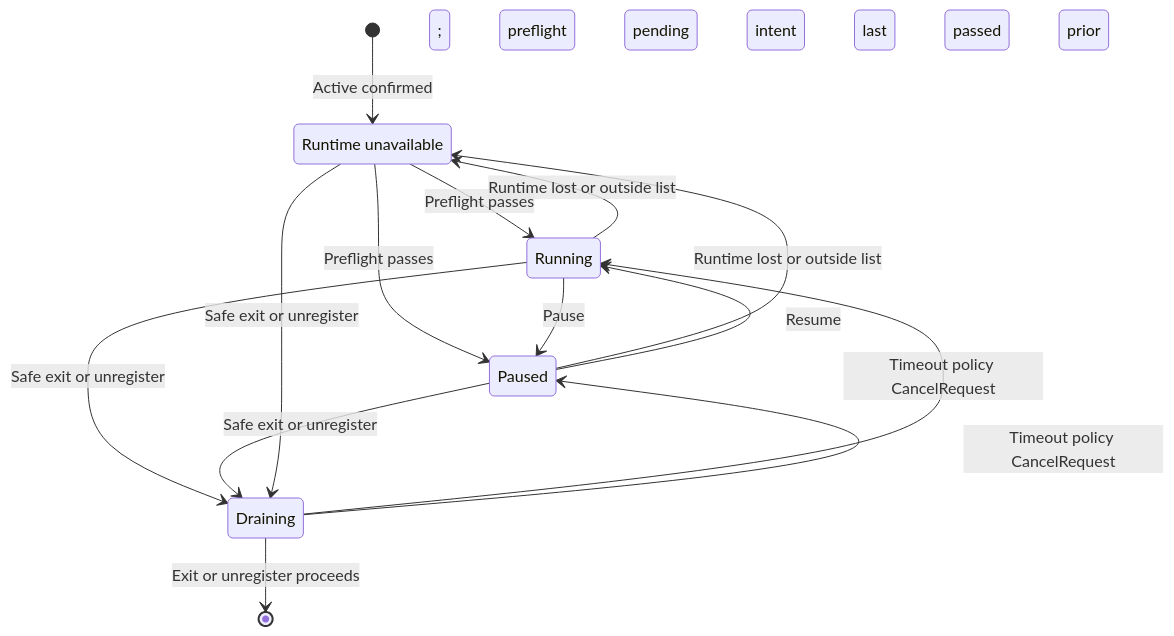
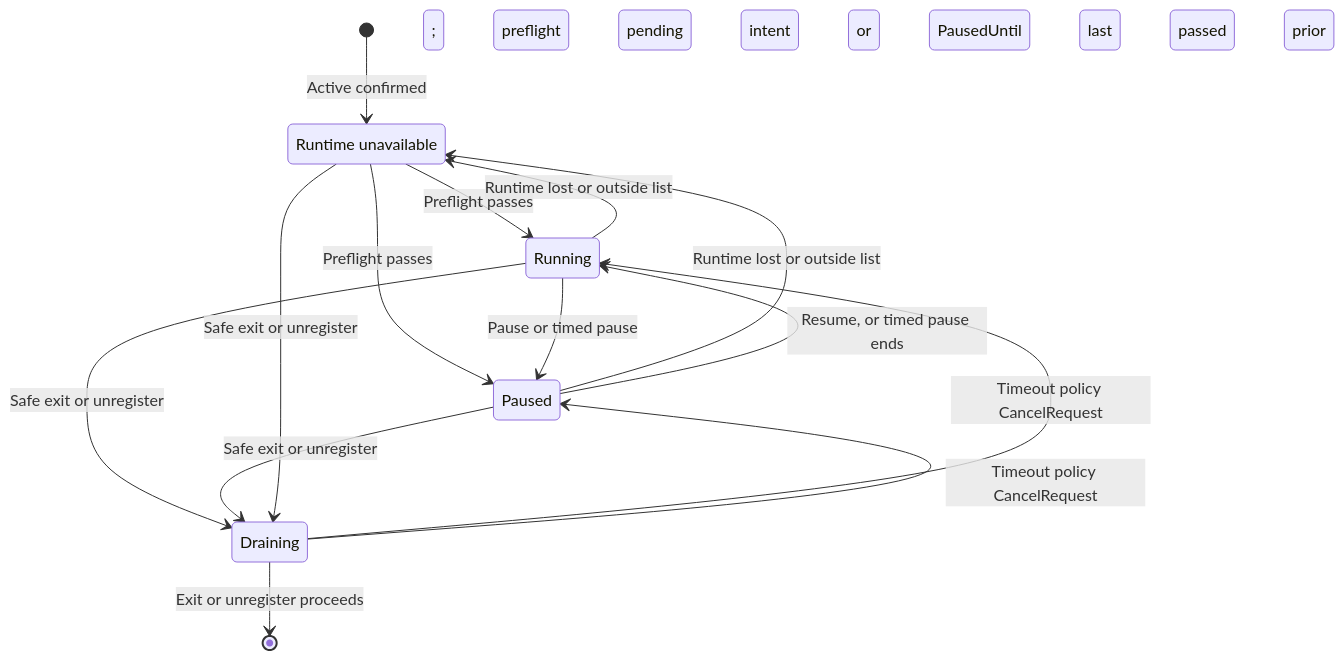
Before and after one commit to markusheiliger/socalytics: the third of 3 diagrams in specs/20261005-130704-analyst-manager-registration/data-model.md, drawn with Mermaid. The commit also changed other lines of this file and 44 other files, not shown here.

````diff
--- a/specs/20261005-130704-analyst-manager-registration/data-model.md
+++ b/specs/20261005-130704-analyst-manager-registration/data-model.md
@@ -260,17 +307,17 @@
 ```mermaid
 stateDiagram-v2
   state "Runtime unavailable" as RuntimeUnavailable
   [*] --> RuntimeUnavailable: Active confirmed; preflight pending
   RuntimeUnavailable --> Running: Preflight passes; intent Running
-  RuntimeUnavailable --> Paused: Preflight passes; intent Paused
+  RuntimeUnavailable --> Paused: Preflight passes; intent Paused or PausedUntil
   Running --> RuntimeUnavailable: Runtime lost or outside list
   Paused --> RuntimeUnavailable: Runtime lost or outside list
-  Running --> Paused: Pause
-  Paused --> Running: Resume; last preflight passed
+  Running --> Paused: Pause or timed pause
+  Paused --> Running: Resume, or timed pause ends; last preflight passed
   Running --> Draining: Safe exit or unregister
   Paused --> Draining: Safe exit or unregister
   RuntimeUnavailable --> Draining: Safe exit or unregister
   Draining --> Running: Timeout policy CancelRequest; prior Running
   Draining --> Paused: Timeout policy CancelRequest; prior Paused
   Draining --> [*]: Exit or unregister proceeds
 ```
````
